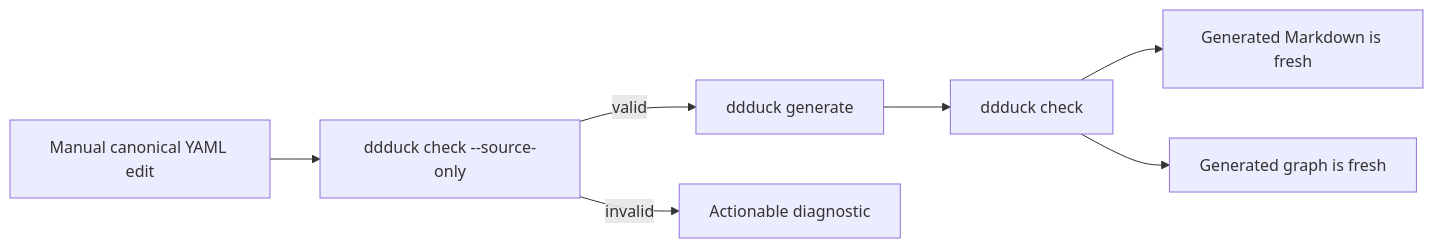
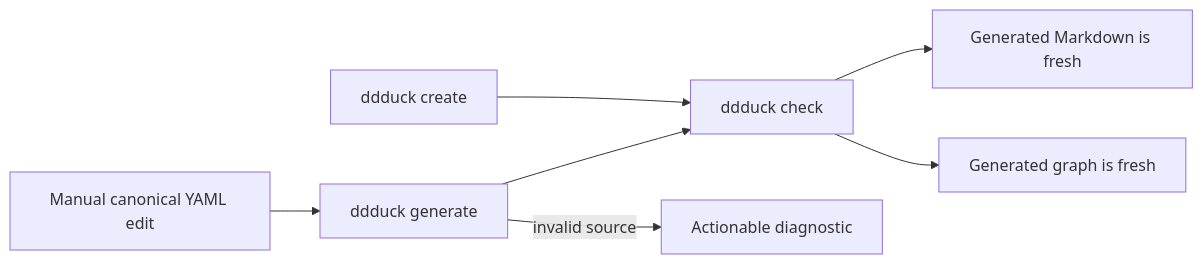
One commit to diegomarino/ddduck changed the diagram in docs/getting-started.md. Above: the diagram before and after it, drawn with Mermaid. The commit also changed other lines of this file and 64 other files, not shown here.

````diff
--- a/docs/getting-started.md
+++ b/docs/getting-started.md
@@ -38,9 +40,9 @@
 ```mermaid
 flowchart LR
-  Source[Manual canonical YAML edit] --> SourceCheck[ddduck check --source-only]
-  SourceCheck -->|valid| Generate[ddduck generate]
-  SourceCheck -->|invalid| Diagnostic[Actionable diagnostic]
+  Create[ddduck create] --> FreshCheck[ddduck check]
+  Source[Manual canonical YAML edit] --> Generate[ddduck generate]
+  Generate -->|invalid source| Diagnostic[Actionable diagnostic]
   Generate --> FreshCheck[ddduck check]
   FreshCheck --> Docs[Generated Markdown is fresh]
   FreshCheck --> Graph[Generated graph is fresh]
 ```
````
